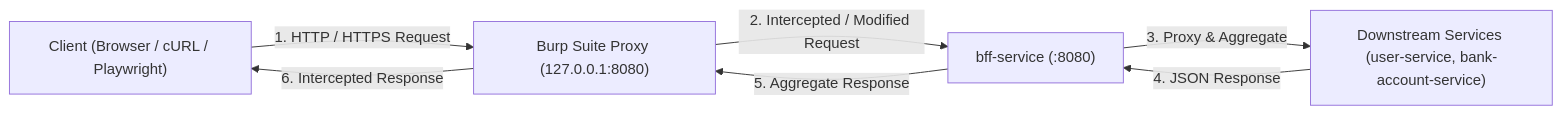
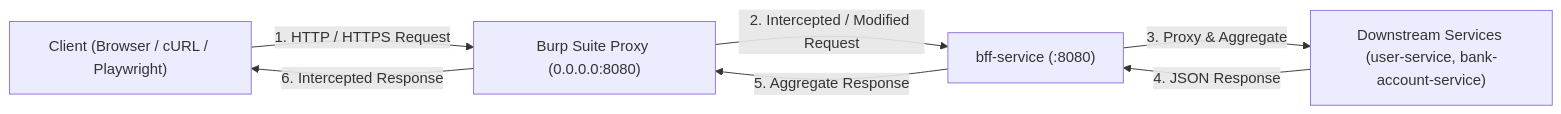
The diagram in labs/burp-suite/README.md (SiwakornSitti/ultra-smoooooth-testing), drawn with Mermaid before and after one commit. The commit also changed other lines of this file and 1 other file, not shown here.

Commit message:
docs(burp): allow subnet proxy access

````diff
--- a/labs/burp-suite/README.md
+++ b/labs/burp-suite/README.md
@@ -29,14 +29,14 @@
 ```mermaid
 flowchart LR
     Client["Client (Browser / cURL / Playwright)"]
-    Burp["Burp Suite Proxy (127.0.0.1:8080)"]
+    Burp["Burp Suite Proxy (0.0.0.0:8080)"]
     BFF["bff-service (:8080)"]
     Microservices["Downstream Services (user-service, bank-account-service)"]
 
     Client -->|1. HTTP / HTTPS Request| Burp
     Burp -->|2. Intercepted / Modified Request| BFF
     BFF -->|3. Proxy & Aggregate| Microservices
     Microservices -->|4. JSON Response| BFF
     BFF -->|5. Aggregate Response| Burp
     Burp -->|6. Intercepted Response| Client
 ```
````
